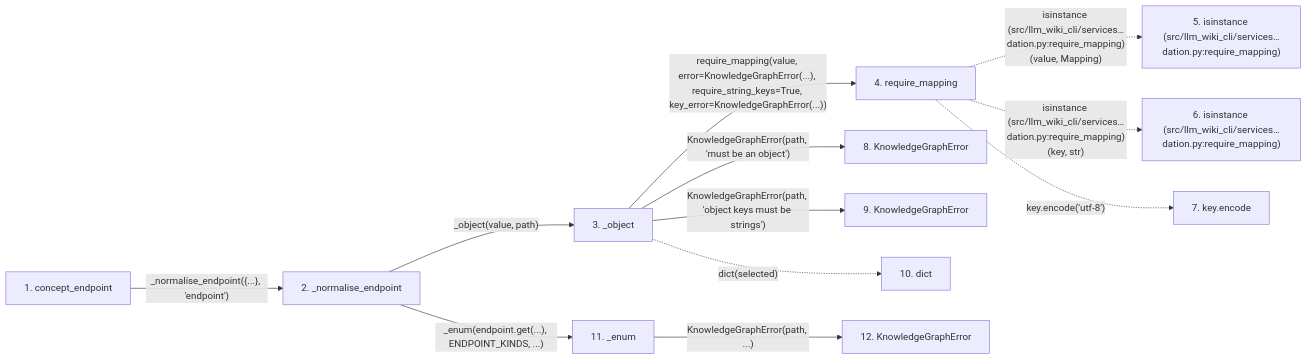
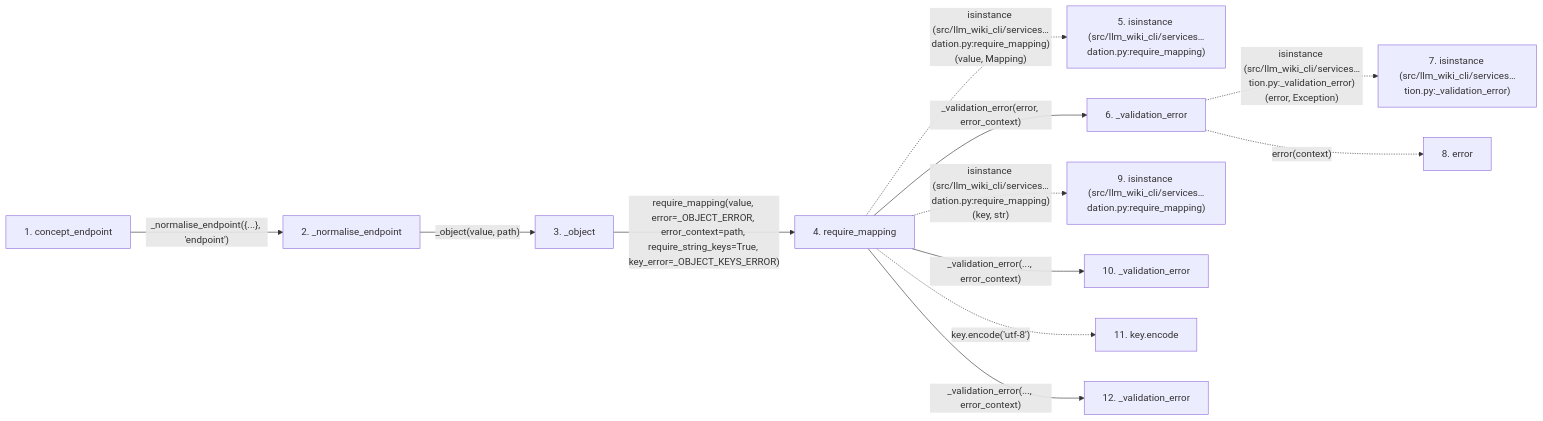
Before and after one commit to Denissvgn/python-wiki-llm: the second of 2 diagrams in docs/llm_wiki/flows/api-concept_endpoint.md, drawn with Mermaid. The commit also changed other lines of this file and 627 other files, not shown here.

````diff
--- a/docs/llm_wiki/flows/api-concept_endpoint.md
+++ b/docs/llm_wiki/flows/api-concept_endpoint.md
@@ -137,34 +137,33 @@
 ```mermaid
 flowchart LR
     s1["1. concept_endpoint"]
     s2["2. _normalise_endpoint"]
     s3["3. _object"]
     s4["4. require_mapping"]
     s5["5. isinstance (src/llm_wiki_cli/services…dation.py:require_mapping)"]
-    s6["6. isinstance (src/llm_wiki_cli/services…dation.py:require_mapping)"]
-    s7["7. key.encode"]
-    s8["8. KnowledgeGraphError"]
-    s9["9. KnowledgeGraphError"]
-    s10["10. dict"]
-    s11["11. _enum"]
-    s12["12. KnowledgeGraphError"]
+    s6["6. _validation_error"]
+    s7["7. isinstance (src/llm_wiki_cli/services…tion.py:_validation_error)"]
+    s8["8. error"]
+    s9["9. isinstance (src/llm_wiki_cli/services…dation.py:require_mapping)"]
+    s10["10. _validation_error"]
+    s11["11. key.encode"]
+    s12["12. _validation_error"]
     s1 -->|"_normalise_endpoint({...}, 'endpoint')"| s2
     s2 -->|"_object(value, path)"| s3
-    s3 -->|"require_mapping(value, error=KnowledgeGraphError(...), require_string_keys=True, key_error=KnowledgeGraphError(...))"| s4
+    s3 -->|"require_mapping(value, error=_OBJECT_ERROR, error_context=path, require_string_keys=True, key_error=_OBJECT_KEYS_ERROR)"| s4
     s4 -. "isinstance (src/llm_wiki_cli/services…dation.py:require_mapping)(value, Mapping)" .-> s5
-    s4 -. "isinstance (src/llm_wiki_cli/services…dation.py:require_mapping)(key, str)" .-> s6
-    s4 -. "key.encode('utf-8')" .-> s7
-    s3 -->|"KnowledgeGraphError(path, 'must be an object')"| s8
-    s3 -->|"KnowledgeGraphError(path, 'object keys must be strings')"| s9
-    s3 -. "dict(selected)" .-> s10
-    s2 -->|"_enum(endpoint.get(...), ENDPOINT_KINDS, ...)"| s11
-    s11 -->|"KnowledgeGraphError(path, ...)"| s12
+    s4 -->|"_validation_error(error, error_context)"| s6
+    s6 -. "isinstance (src/llm_wiki_cli/services…tion.py:_validation_error)(error, Exception)" .-> s7
+    s6 -. "error(context)" .-> s8
+    s4 -. "isinstance (src/llm_wiki_cli/services…dation.py:require_mapping)(key, str)" .-> s9
+    s4 -->|"_validation_error(..., error_context)"| s10
+    s4 -. "key.encode('utf-8')" .-> s11
+    s4 -->|"_validation_error(..., error_context)"| s12
     click s1 "../modules/knowledge_graph.md"
     click s2 "../modules/knowledge_graph.md"
     click s3 "../modules/knowledge_graph.md"
     click s4 "../modules/validation.md"
-    click s8 "../modules/knowledge_graph.md"
-    click s9 "../modules/knowledge_graph.md"
-    click s11 "../modules/knowledge_graph.md"
-    click s12 "../modules/knowledge_graph.md"
+    click s6 "../modules/validation.md"
+    click s10 "../modules/validation.md"
+    click s12 "../modules/validation.md"
 ```
````
